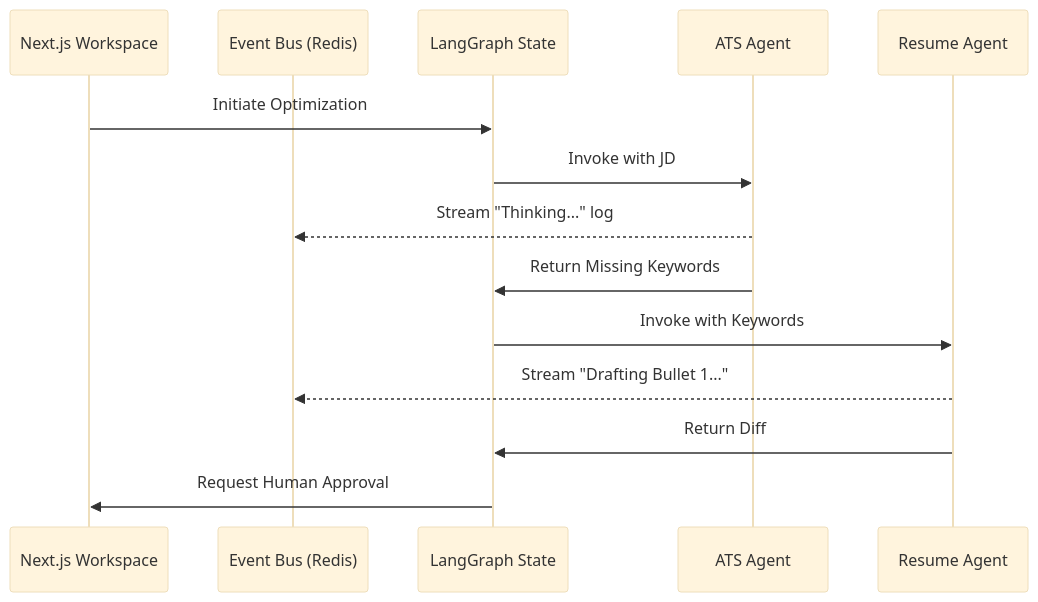
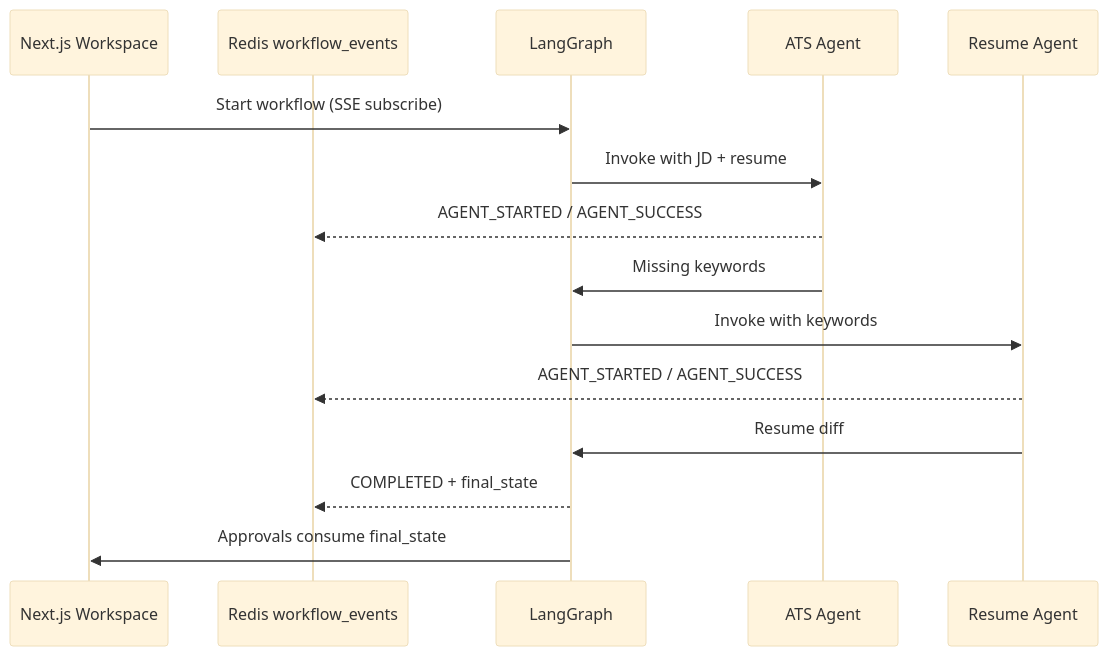
Before and after one commit to jaybhavsar555/ai-powered-job-application-assistance-app: the diagram in docs/architecture/3_agent_prompt_and_memory_architecture.md, drawn with Mermaid (base theme). The commit also changed other lines of this file and 113 other files, not shown here.

````diff
--- a/docs/architecture/3_agent_prompt_and_memory_architecture.md
+++ b/docs/architecture/3_agent_prompt_and_memory_architecture.md
@@ -46,17 +47,18 @@
 ```mermaid
 sequenceDiagram
     participant UI as Next.js Workspace
-    participant Bus as Event Bus (Redis)
-    participant Graph as LangGraph State
+    participant Bus as Redis workflow_events
+    participant Graph as LangGraph
     participant A1 as ATS Agent
     participant A2 as Resume Agent
     
-    UI->>Graph: Initiate Optimization
-    Graph->>A1: Invoke with JD
-    A1-->>Bus: Stream "Thinking..." log
-    A1->>Graph: Return Missing Keywords
-    Graph->>A2: Invoke with Keywords
-    A2-->>Bus: Stream "Drafting Bullet 1..."
-    A2->>Graph: Return Diff
-    Graph->>UI: Request Human Approval
+    UI->>Graph: Start workflow (SSE subscribe)
+    Graph->>A1: Invoke with JD + resume
+    A1-->>Bus: AGENT_STARTED / AGENT_SUCCESS
+    A1->>Graph: Missing keywords
+    Graph->>A2: Invoke with keywords
+    A2-->>Bus: AGENT_STARTED / AGENT_SUCCESS
+    A2->>Graph: Resume diff
+    Graph-->>Bus: COMPLETED + final_state
+    Graph->>UI: Approvals consume final_state
 ```
````
